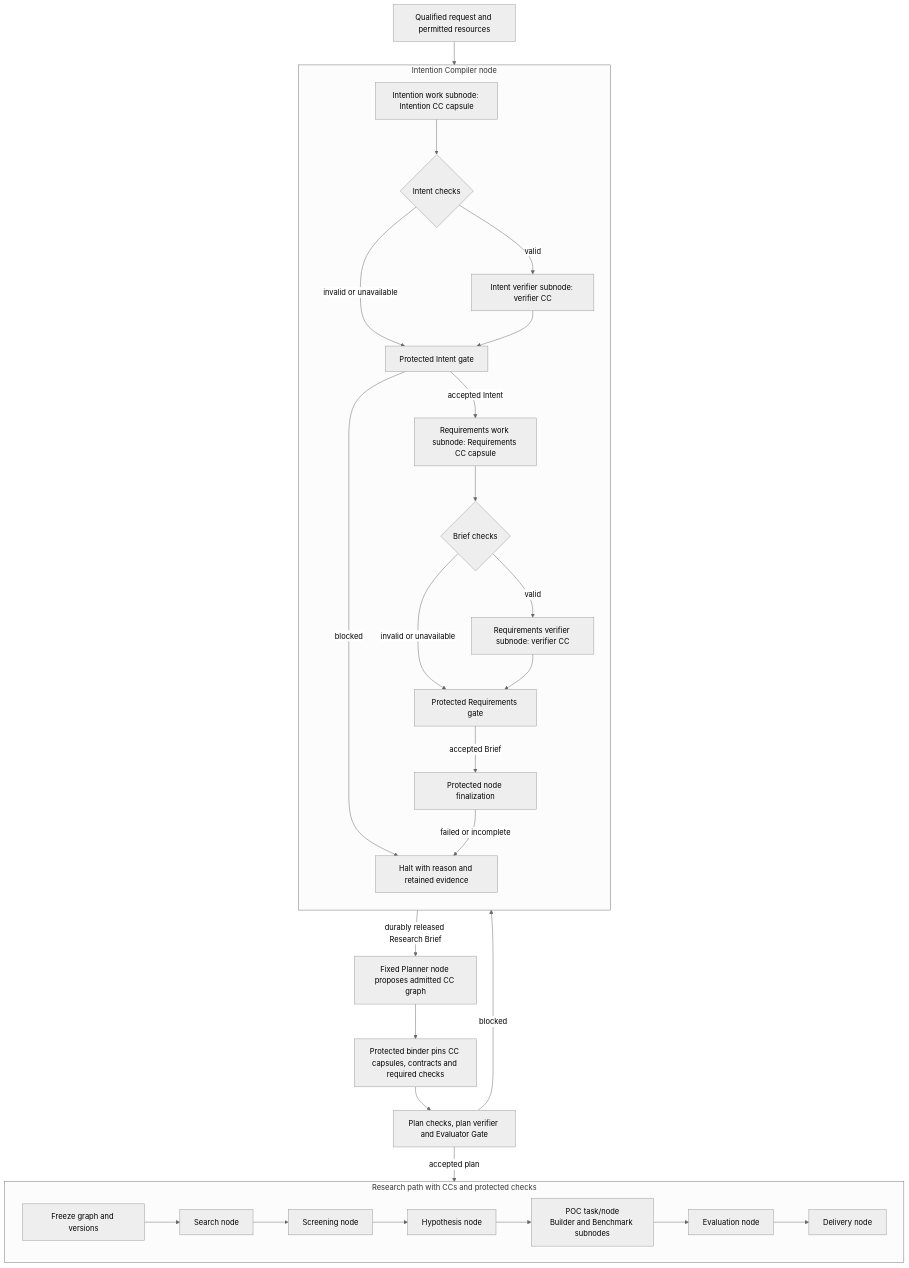
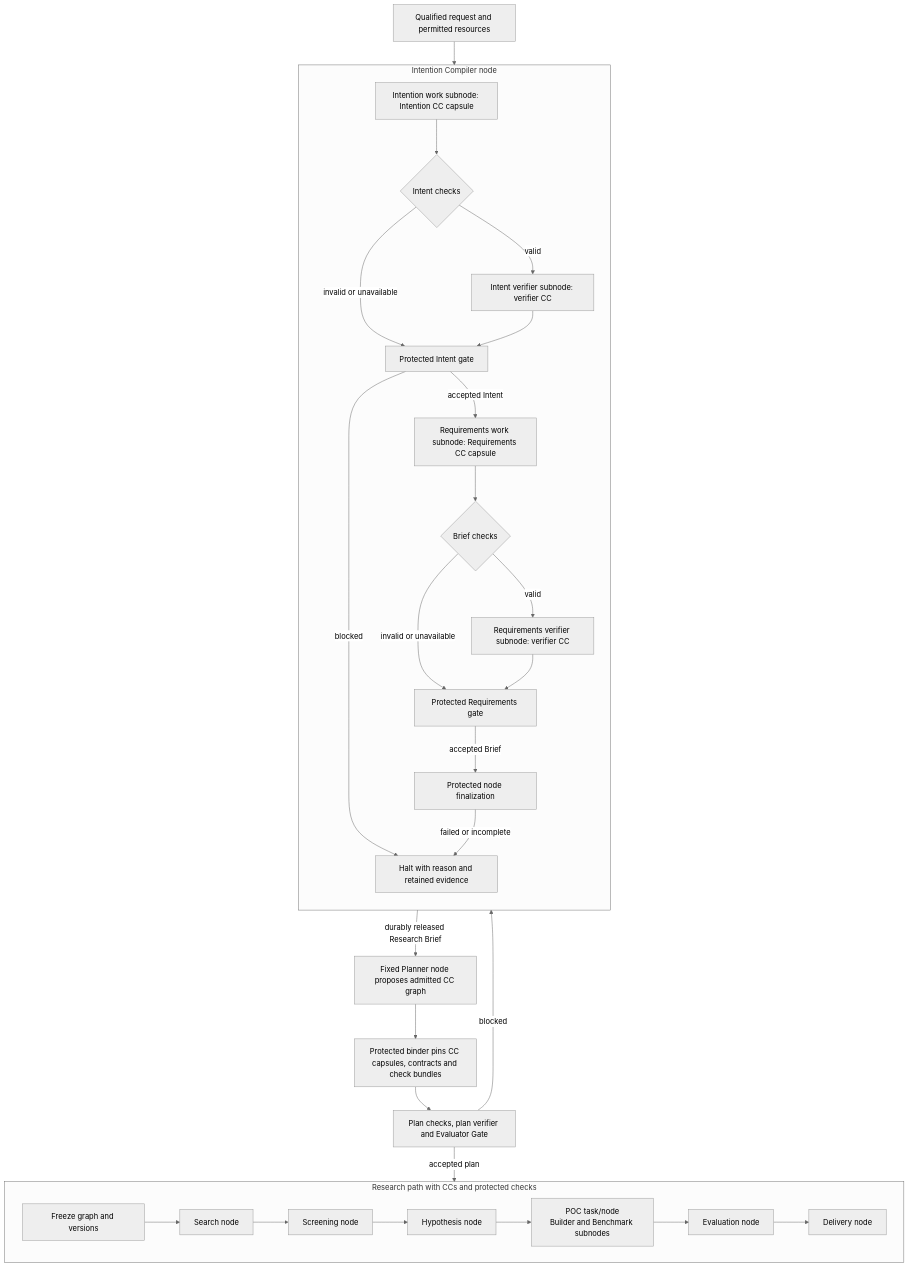
One commit to Stellven/jiuwenswarm changed the first of 3 diagrams in docs/architecture/design-package/m1-design.md. Above: the diagram before and after it, drawn with Mermaid (neutral theme). The commit also changed other lines of this file and 194 other files, not shown here.

Commit message:
docs: per-CC build contracts, run plan, verifier bundles and profiles, benchmark runner, D23-D26

````diff
--- a/docs/architecture/design-package/m1-design.md
+++ b/docs/architecture/design-package/m1-design.md
@@ -9,33 +9,33 @@
 ```mermaid
 flowchart TB
     I[Qualified request and permitted resources] --> C
     subgraph Compiler[Intention Compiler node]
         direction TB
         C[Intention work subnode: Intention CC capsule] --> D1{Intent checks}
         D1 -->|valid| V1[Intent verifier subnode: verifier CC]
         D1 -->|invalid or unavailable| G1[Protected Intent gate]
         V1 --> G1
         G1 -->|accepted Intent| R[Requirements work subnode: Requirements CC capsule]
         G1 -->|blocked| H[Halt with reason and retained evidence]
         R --> D2{Brief checks}
         D2 -->|valid| V2[Requirements verifier subnode: verifier CC]
         D2 -->|invalid or unavailable| G2[Protected Requirements gate]
         V2 --> G2
         G2 -->|accepted Brief| NG[Protected node finalization]
         NG -->|failed or incomplete| H
     end
     NG -->|durably released Research Brief| P[Fixed Planner node proposes admitted CC graph]
-    P --> Bind[Protected binder pins CC capsules, contracts and required checks]
+    P --> Bind[Protected binder pins CC capsules, contracts and check bundles]
     Bind --> PG[Plan checks, plan verifier and Evaluator Gate]
     PG -->|accepted plan| F[Freeze graph and versions]
     PG -->|blocked| H
     subgraph Example[Research path with CCs and protected checks]
       direction LR
       F --> S[Search node]
       S --> O[Screening node]
       O --> B[Hypothesis node]
       B --> K[POC task/node<br/>Builder and Benchmark subnodes]
       K --> E[Evaluation node]
       E --> T[Delivery node]
     end
 ```
````
